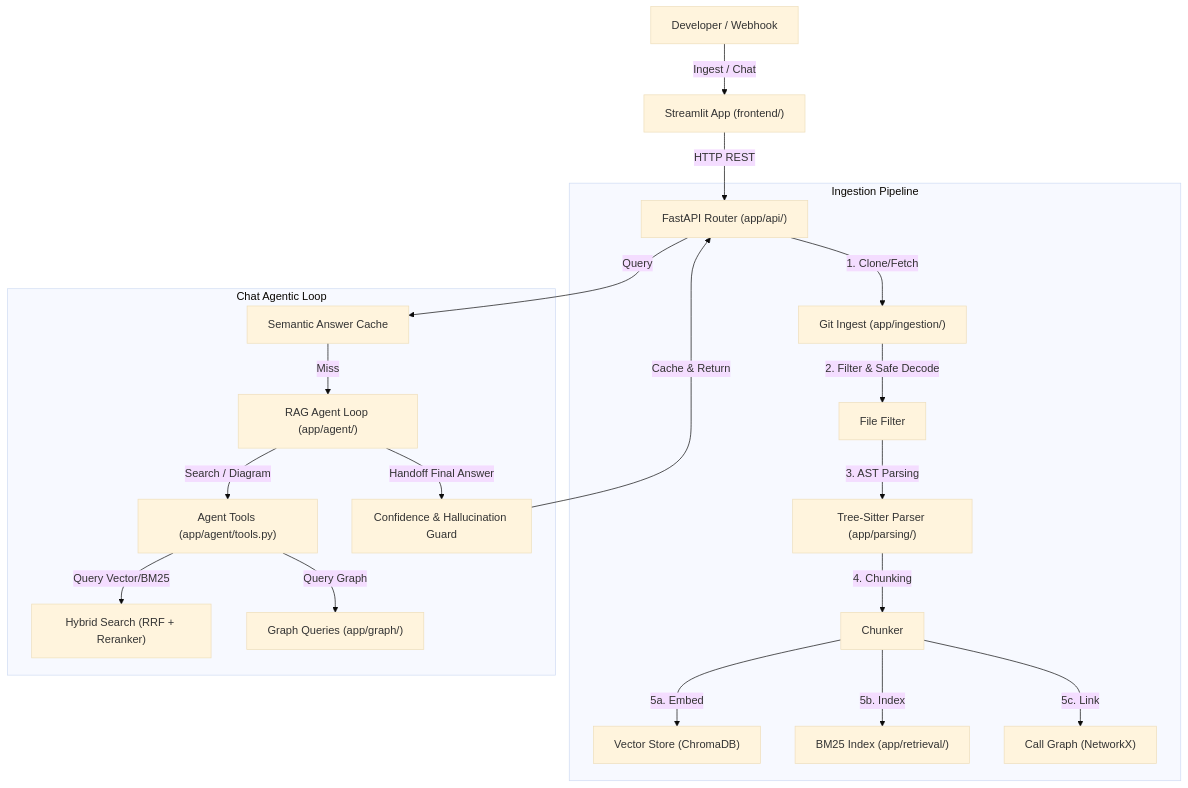
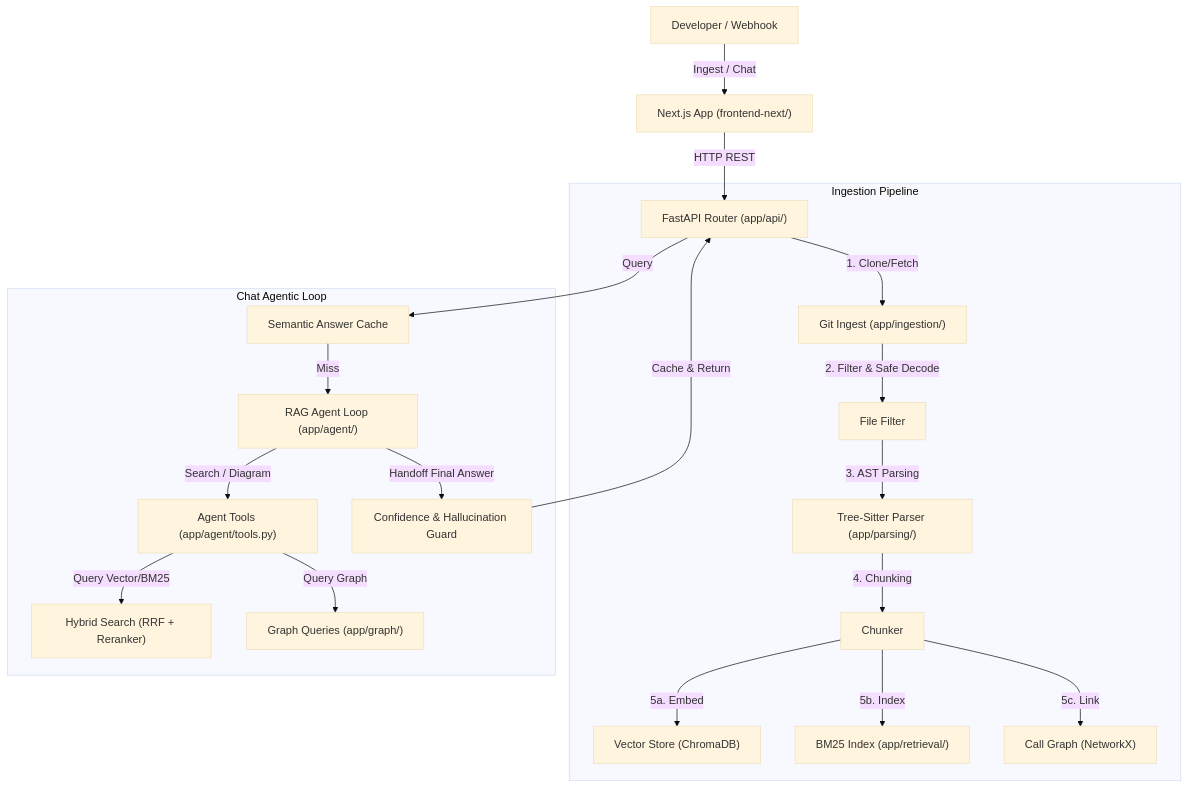
The diagram in PROJECT_OVERVIEW.md (HurairaMaqbool/CodeNavigator), drawn with Mermaid (base theme) before and after one commit. The commit also changed other lines of this file and 36 other files, not shown here.

First line of the commit message:
Remove Streamlit frontend; fix CORS health check for Next.js.

````diff
--- a/PROJECT_OVERVIEW.md
+++ b/PROJECT_OVERVIEW.md
@@ -17,25 +17,25 @@
 ```mermaid
 graph TD
-    User["Developer / Webhook"] -->|Ingest / Chat| Frontend["Streamlit App (frontend/)"]
+    User["Developer / Webhook"] -->|Ingest / Chat| Frontend["Next.js App (frontend-next/)"]
     Frontend -->|HTTP REST| API["FastAPI Router (app/api/)"]
     
     subgraph Ingestion Pipeline
         API -->|1. Clone/Fetch| Clone["Git Ingest (app/ingestion/)"]
         Clone -->|2. Filter & Safe Decode| Filter["File Filter"]
         Filter -->|3. AST Parsing| Parser["Tree-Sitter Parser (app/parsing/)"]
         Parser -->|4. Chunking| Chunker["Chunker"]
         Chunker -->|5a. Embed| Embed["Vector Store (ChromaDB)"]
         Chunker -->|5b. Index| BM25["BM25 Index (app/retrieval/)"]
         Chunker -->|5c. Link| Graph["Call Graph (NetworkX)"]
     end
     
     subgraph Chat Agentic Loop
         API -->|Query| Cache["Semantic Answer Cache"]
         Cache -->|Miss| Agent["RAG Agent Loop (app/agent/)"]
         Agent -->|Search / Diagram| Tools["Agent Tools (app/agent/tools.py)"]
         Tools -->|Query Vector/BM25| Hybrid["Hybrid Search (RRF + Reranker)"]
         Tools -->|Query Graph| GraphQueries["Graph Queries (app/graph/)"]
         Agent -->|Handoff Final Answer| Gating["Confidence & Hallucination Guard"]
         Gating -->|Cache & Return| API
     end
 ```
````
